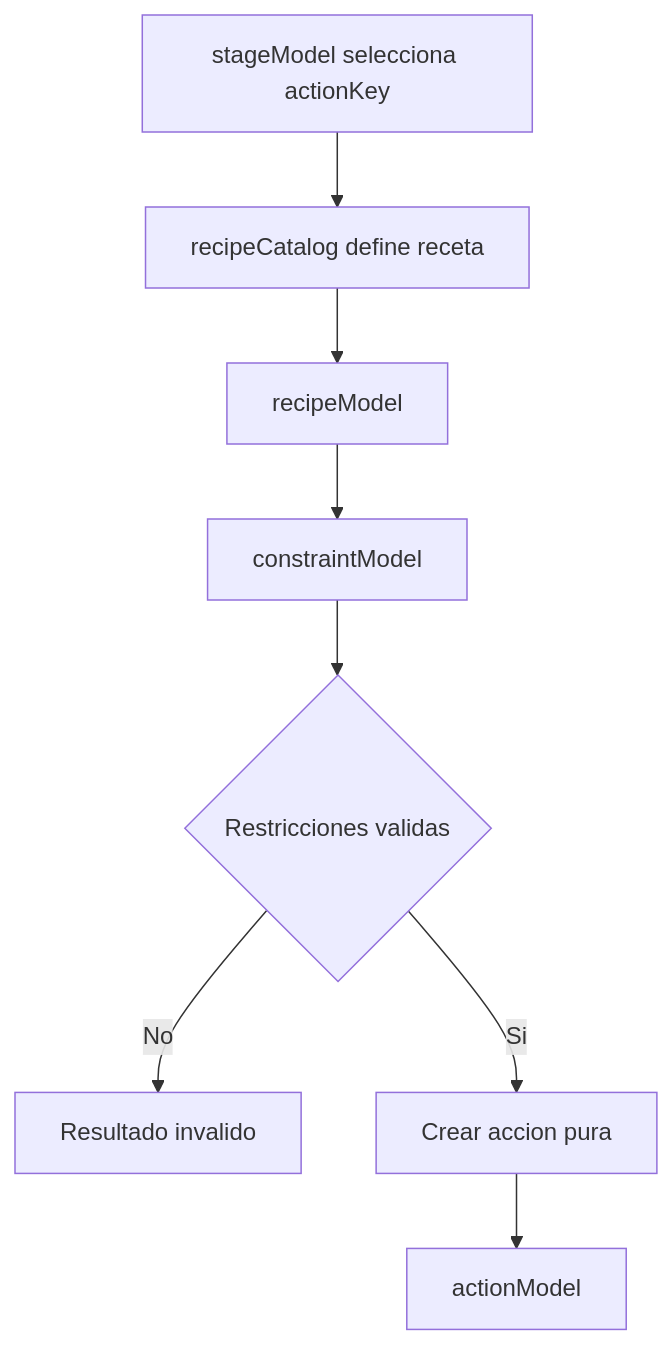
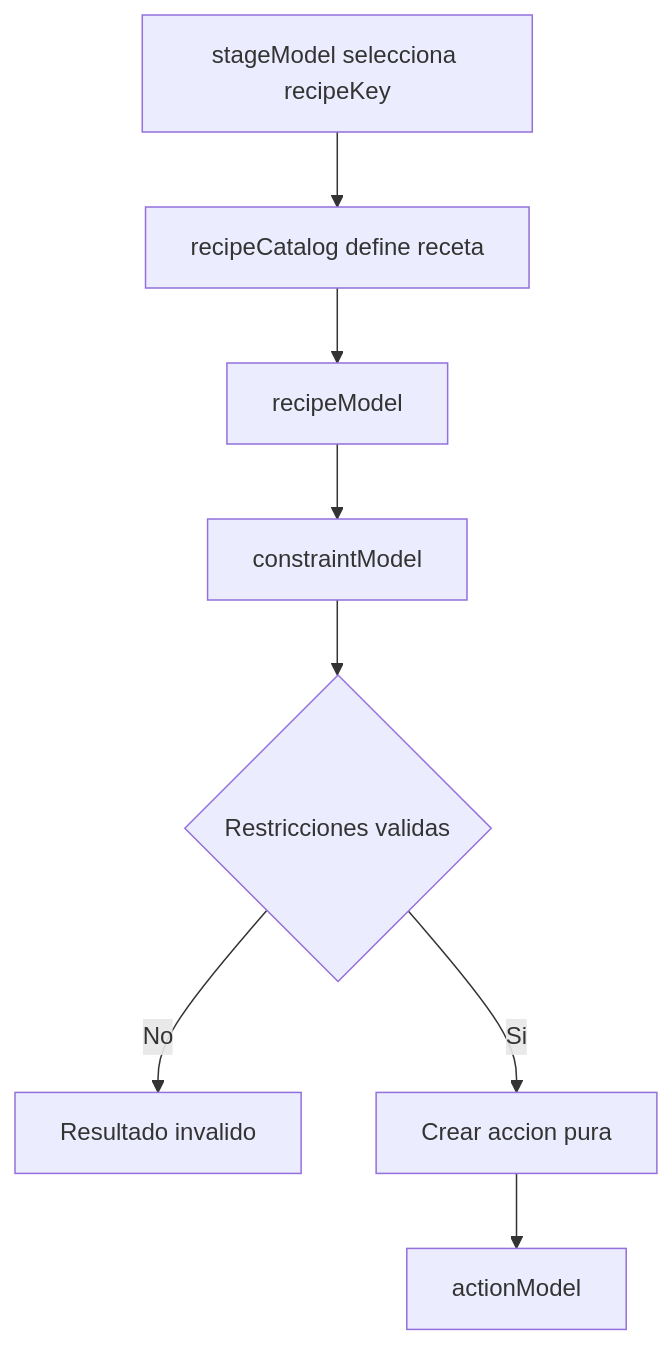
The fourth of 14 diagrams in docs/engine_flow_map.md (juanramonmorandeira/castronegro-director), drawn with Mermaid before and after one commit. The commit also changed other lines of this file and 39 other files, not shown here.

````diff
--- a/docs/engine_flow_map.md
+++ b/docs/engine_flow_map.md
@@ -193,10 +193,10 @@
 ```mermaid
 flowchart TD
-  A[stageModel selecciona actionKey] --> B[recipeCatalog define receta]
+  A[stageModel selecciona recipeKey] --> B[recipeCatalog define receta]
   B --> C[recipeModel]
   C --> D[constraintModel]
   D --> E{Restricciones validas}
   E -->|No| F[Resultado invalido]
   E -->|Si| G[Crear accion pura]
   G --> H[actionModel]
 ```
````
